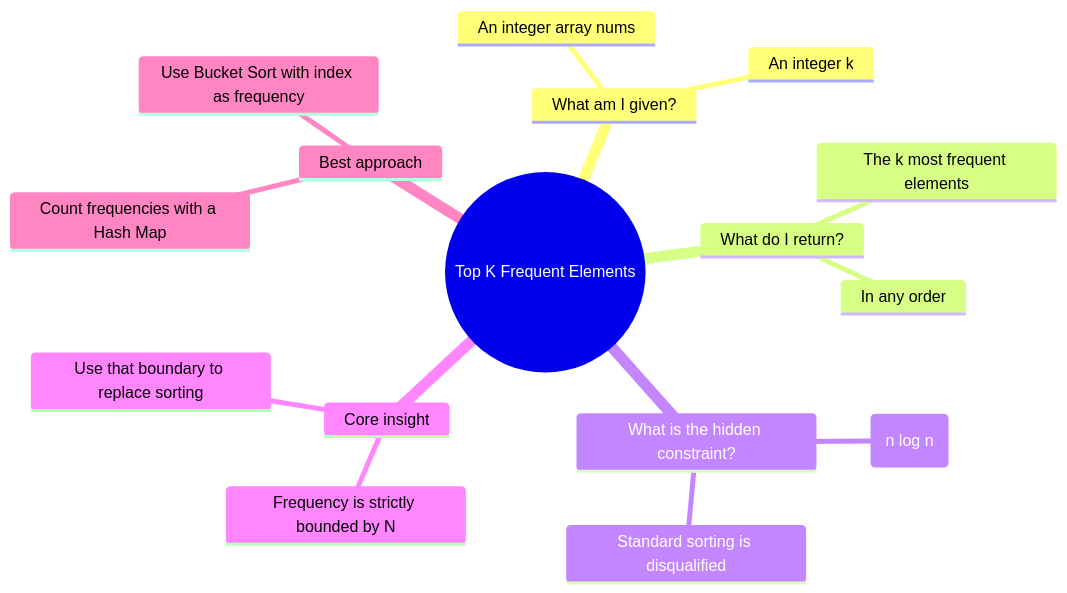
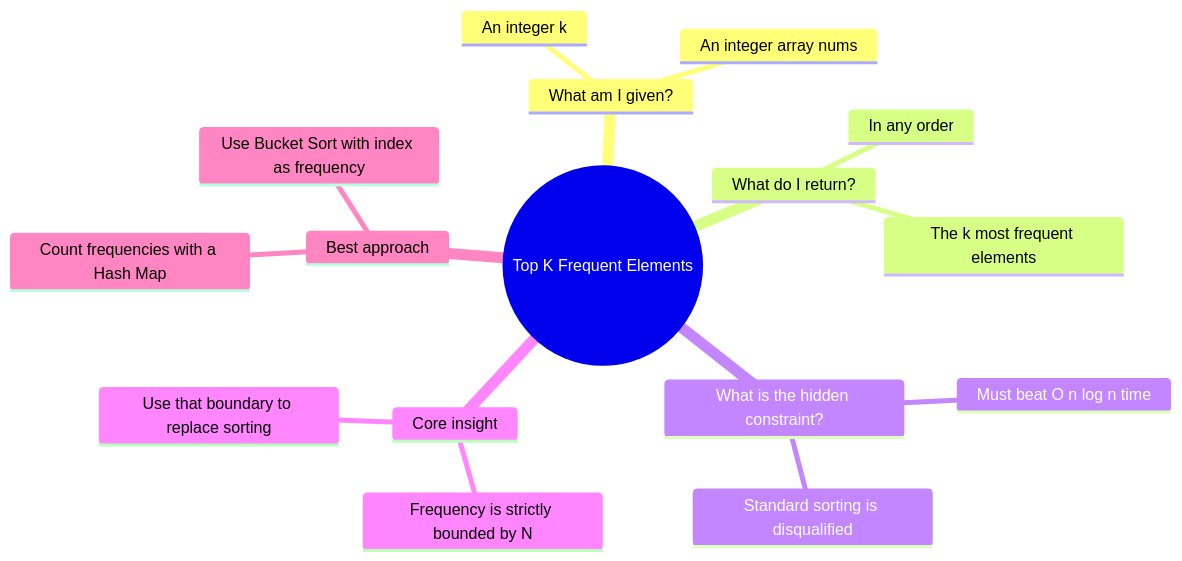
The first of 12 diagrams in 05 - Top K Frequent Elements/README.md (M-F-Tushar/LeetCode-Problem-Solving), drawn with Mermaid before and after one commit. The commit also changed 1 other file, not shown here.

````diff
--- a/05 - Top K Frequent Elements/README.md
+++ b/05 - Top K Frequent Elements/README.md
@@ -40,19 +40,19 @@
 ```mermaid
 mindmap
   root((Top K Frequent Elements))
     What am I given?
       An integer array nums
       An integer k
     What do I return?
       The k most frequent elements
       In any order
     What is the hidden constraint?
-      Must be better than O(n log n)
+      Must beat O n log n time
       Standard sorting is disqualified
     Core insight
       Frequency is strictly bounded by N
       Use that boundary to replace sorting
     Best approach
       Count frequencies with a Hash Map
       Use Bucket Sort with index as frequency
 ```
````
